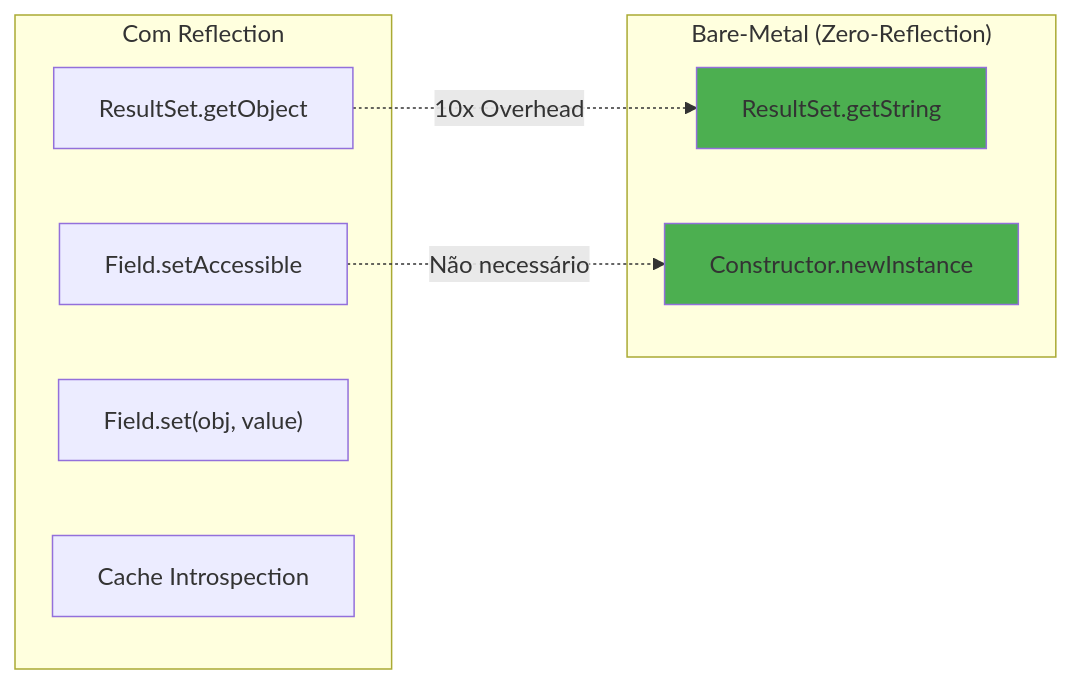
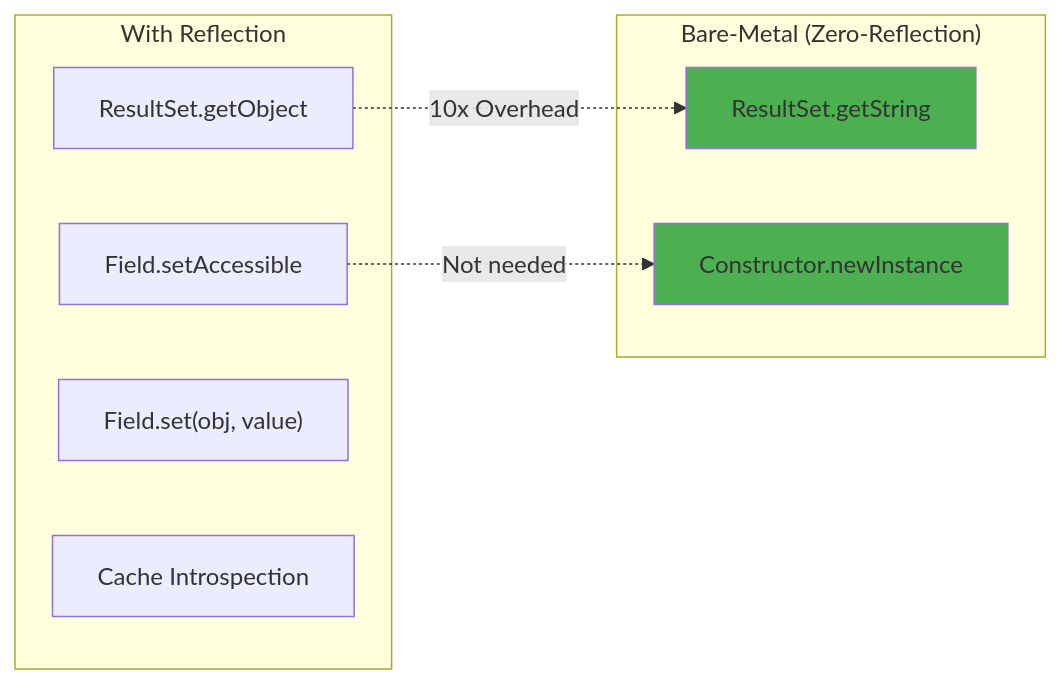
Before and after one commit to Bare-Sql-Engine/bare-sql-java: diagram 12 of 15 in DOCUMENTACAO.md, drawn with Mermaid. The commit also changed other lines of this file and 1 other file, not shown here.

````diff
--- a/DOCUMENTACAO.md
+++ b/DOCUMENTACAO.md
@@ -584,20 +584,20 @@
 ```mermaid
 graph LR
-    subgraph "Com Reflection"
+    subgraph "With Reflection"
         A["ResultSet.getObject"]
         B["Field.setAccessible"]
         C["Field.set(obj, value)"]
         D["Cache Introspection"]
     end
     
     subgraph "Bare-Metal (Zero-Reflection)"
         E["ResultSet.getString"]
         F["Constructor.newInstance"]
     end
     
     A -.->|10x Overhead| E
-    B -.->|Não necessário| F
+    B -.->|Not needed| F
     
     style E fill:#4caf50
     style F fill:#4caf50
 ```
````
